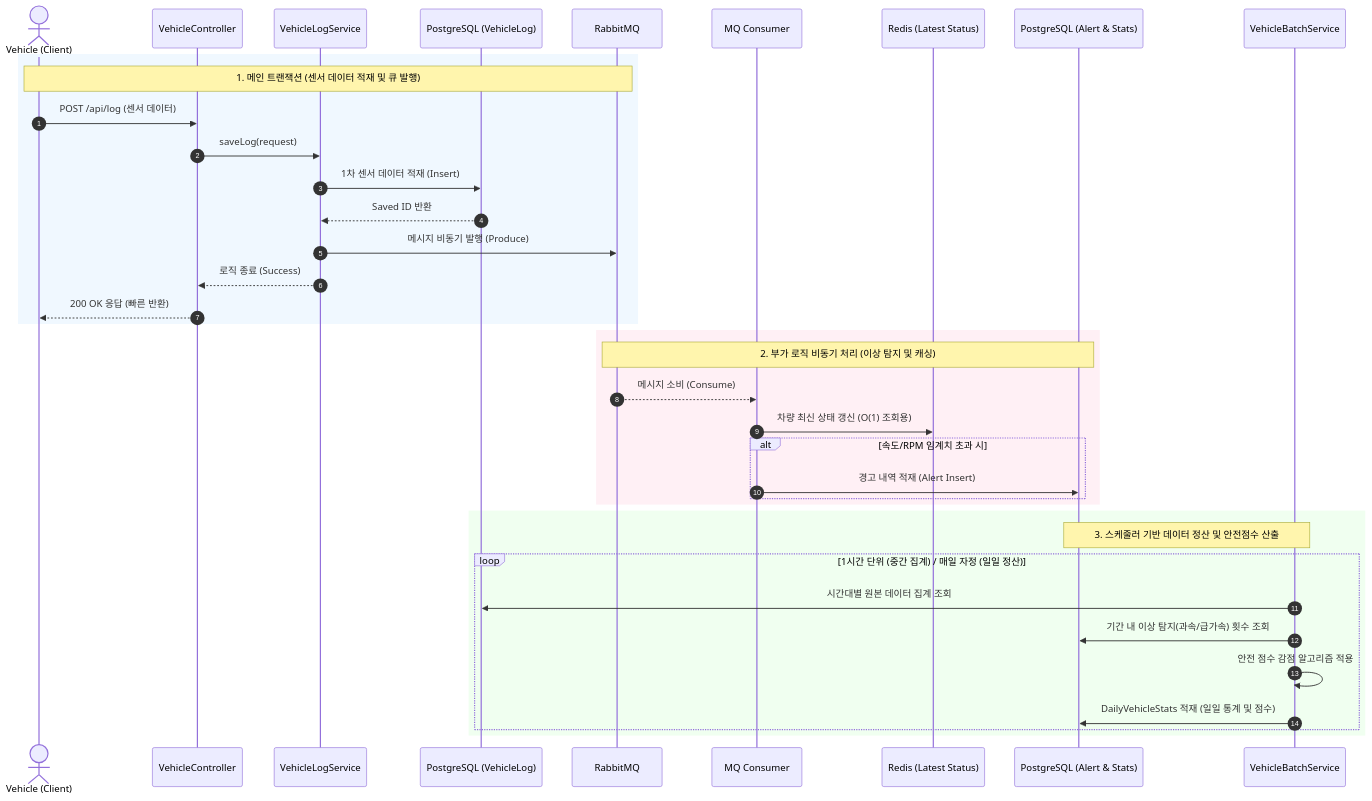
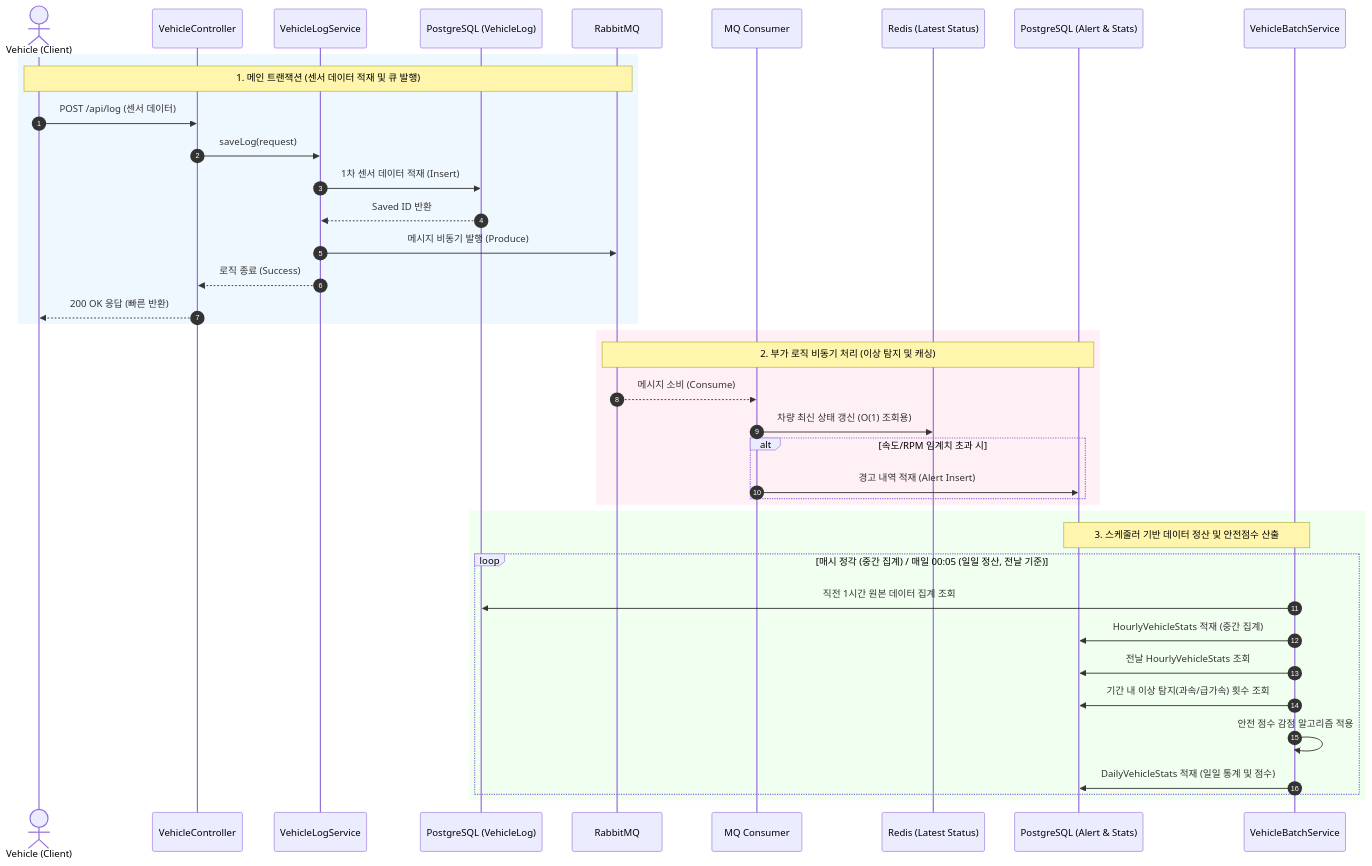
The second of 2 diagrams in README.md (dev-chanyoung/SensorDetectionSystem), drawn with Mermaid before and after one commit. The commit also changed other lines of this file, not shown here.

````diff
--- a/README.md
+++ b/README.md
@@ -57,46 +57,48 @@
 ```mermaid
 sequenceDiagram
     autonumber
     actor Client as Vehicle (Client)
     participant API as VehicleController
     participant Service as VehicleLogService
     participant DB as PostgreSQL (VehicleLog)
     participant MQ as RabbitMQ
     participant Listener as MQ Consumer
     participant Redis as Redis (Latest Status)
     participant AlertDB as PostgreSQL (Alert & Stats)
     participant Batch as VehicleBatchService
 
     %% 1. 데이터 수집 및 비동기 발행
     rect rgb(240, 248, 255)
     Note over Client, MQ: 1. 메인 트랜잭션 (센서 데이터 적재 및 큐 발행)
     Client->>API: POST /api/log (센서 데이터)
     API->>Service: saveLog(request)
     Service->>DB: 1차 센서 데이터 적재 (Insert)
     DB-->>Service: Saved ID 반환
     Service->>MQ: 메시지 비동기 발행 (Produce)
     Service-->>API: 로직 종료 (Success)
     API-->>Client: 200 OK 응답 (빠른 반환)
     end
 
     %% 2. 비동기 컨슈머 로직
     rect rgb(255, 240, 245)
     Note over MQ, AlertDB: 2. 부가 로직 비동기 처리 (이상 탐지 및 캐싱)
     MQ-->>Listener: 메시지 소비 (Consume)
     Listener->>Redis: 차량 최신 상태 갱신 (O(1) 조회용)
     alt 속도/RPM 임계치 초과 시
         Listener->>AlertDB: 경고 내역 적재 (Alert Insert)
     end
     end
 
     %% 3. 스케줄러 배치 로직
     rect rgb(240, 255, 240)
     Note over AlertDB, Batch: 3. 스케줄러 기반 데이터 정산 및 안전점수 산출
-    loop 1시간 단위 (중간 집계) / 매일 자정 (일일 정산)
-        Batch->>DB: 시간대별 원본 데이터 집계 조회
+    loop 매시 정각 (중간 집계) / 매일 00:05 (일일 정산, 전날 기준)
+        Batch->>DB: 직전 1시간 원본 데이터 집계 조회
+        Batch->>AlertDB: HourlyVehicleStats 적재 (중간 집계)
+        Batch->>AlertDB: 전날 HourlyVehicleStats 조회
         Batch->>AlertDB: 기간 내 이상 탐지(과속/급가속) 횟수 조회
         Batch->>Batch: 안전 점수 감점 알고리즘 적용
         Batch->>AlertDB: DailyVehicleStats 적재 (일일 통계 및 점수)
     end
     end
 ```
````
